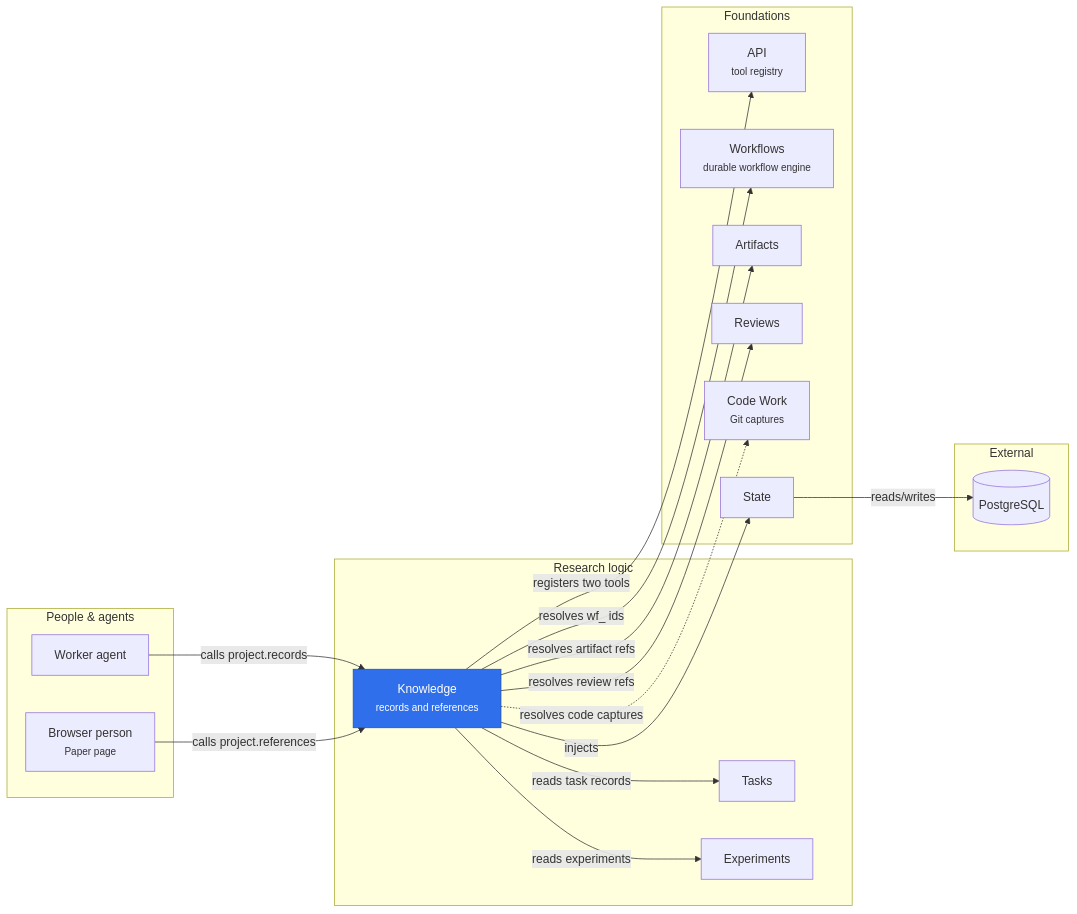
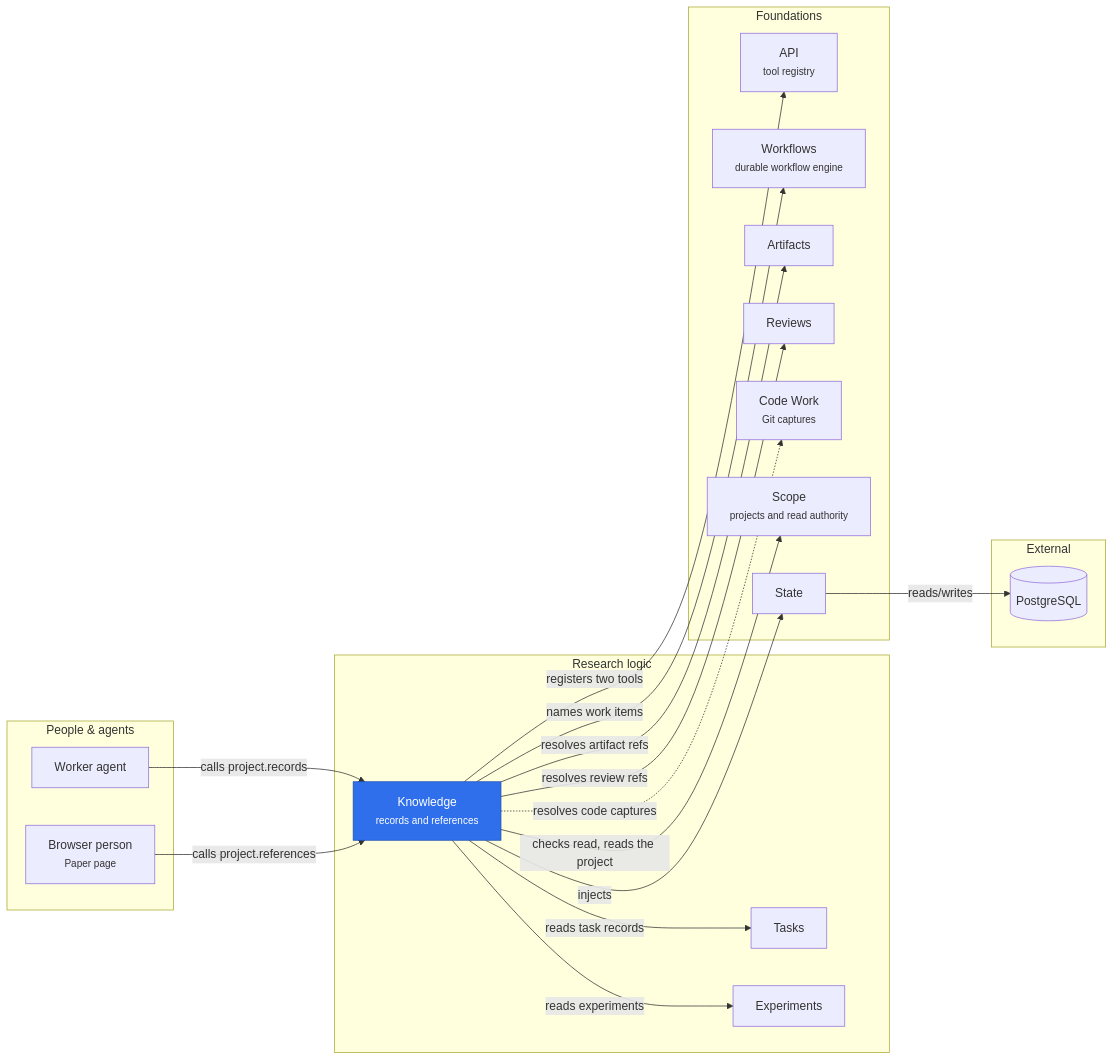
Before and after one commit to rapidreview-io/Merv: the diagram in merv-typescript/packages/knowledge/README.md, drawn with Mermaid. The commit also changed other lines of this file and 6 other files, not shown here.

````diff
--- a/merv-typescript/packages/knowledge/README.md
+++ b/merv-typescript/packages/knowledge/README.md
@@ -10,36 +10,38 @@
 ```mermaid
 flowchart LR
   subgraph people["People & agents"]
     browser["Browser person<br/><small>Paper page</small>"]
     worker["Worker agent"]
   end
   subgraph logic["Research logic"]
     knowledge["Knowledge<br/><small>records and references</small>"]
     tasks["Tasks"]
     experiments["Experiments"]
   end
   subgraph foundations["Foundations"]
     api["API<br/><small>tool registry</small>"]
     workflows["Workflows<br/><small>durable workflow engine</small>"]
     artifacts["Artifacts"]
     reviews["Reviews"]
     codeWork["Code Work<br/><small>Git captures</small>"]
+    scope["Scope<br/><small>projects and read authority</small>"]
     state["State"]
   end
   subgraph external["External"]
     postgres[("PostgreSQL")]
   end
   worker -- "calls project.records" --> knowledge
   browser -- "calls project.references" --> knowledge
   knowledge -- "registers two tools" --> api
   knowledge -- "reads task records" --> tasks
   knowledge -- "reads experiments" --> experiments
-  knowledge -- "resolves wf_ ids" --> workflows
+  knowledge -- "names work items" --> workflows
   knowledge -- "resolves artifact refs" --> artifacts
   knowledge -- "resolves review refs" --> reviews
   knowledge -. "resolves code captures" .-> codeWork
+  knowledge -- "checks read, reads the project" --> scope
   knowledge -- "injects" --> state
   state -- "reads/writes" --> postgres
   class knowledge self
   classDef self fill:#2f6feb,color:#fff,stroke:#1f4fb0
 ```
````
